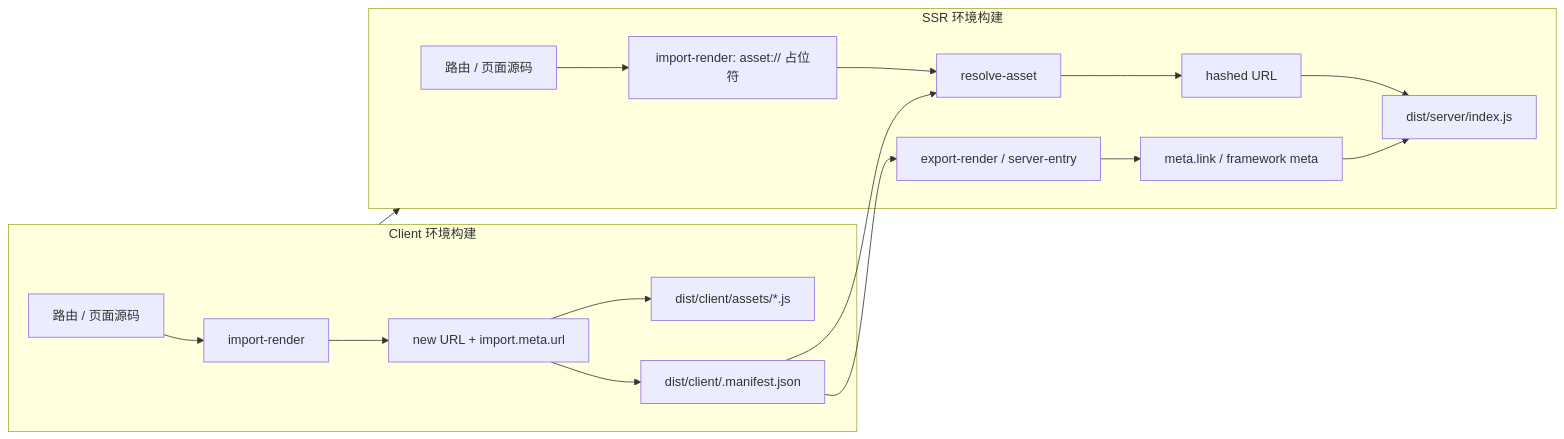
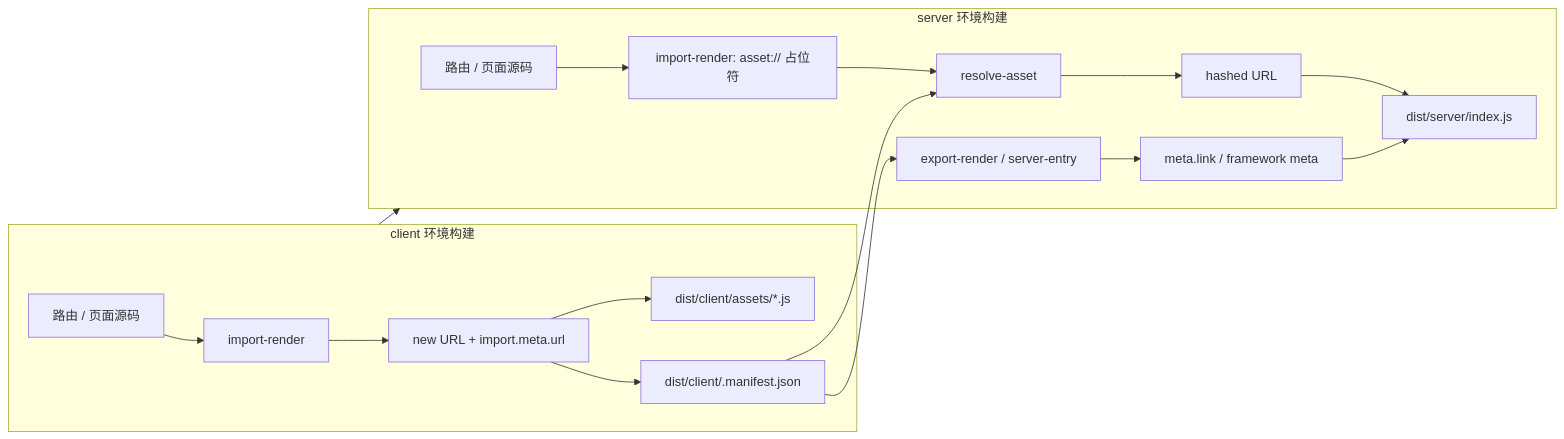
The first of 2 diagrams in packages/vite-plugin/docs/widget-module-build-comparison.zh.md (web-widget/web-widget), drawn with Mermaid before and after one commit. The commit also changed other lines of this file and 28 other files, not shown here.

First line of the commit message:
feat(vite-plugin): improve build output naming and dev server routing

````diff
--- a/packages/vite-plugin/docs/widget-module-build-comparison.zh.md
+++ b/packages/vite-plugin/docs/widget-module-build-comparison.zh.md
@@ -87,22 +87,22 @@
 ```mermaid
 flowchart LR
-  subgraph client_build [Client 环境构建]
+  subgraph client_build [client 环境构建]
     A[路由 / 页面源码] --> B[import-render]
     B --> C[new URL + import.meta.url]
     C --> D[dist/client/assets/*.js]
     C --> E[dist/client/.manifest.json]
   end
 
-  subgraph ssr_build [SSR 环境构建]
+  subgraph server_build [server 环境构建]
     F[路由 / 页面源码] --> G[import-render: asset:// 占位符]
     G --> H[resolve-asset]
     E --> H
     H --> I[hashed URL]
     E --> J[export-render / server-entry]
     J --> K[meta.link / framework meta]
     I --> L[dist/server/index.js]
     K --> L
   end
 
-  client_build --> ssr_build
+  client_build --> server_build
 ```
````
